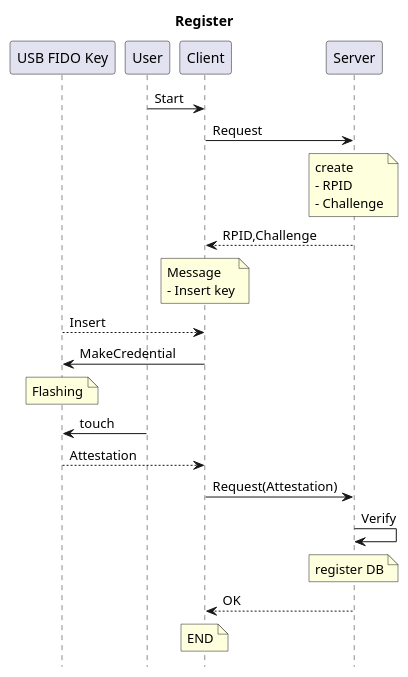
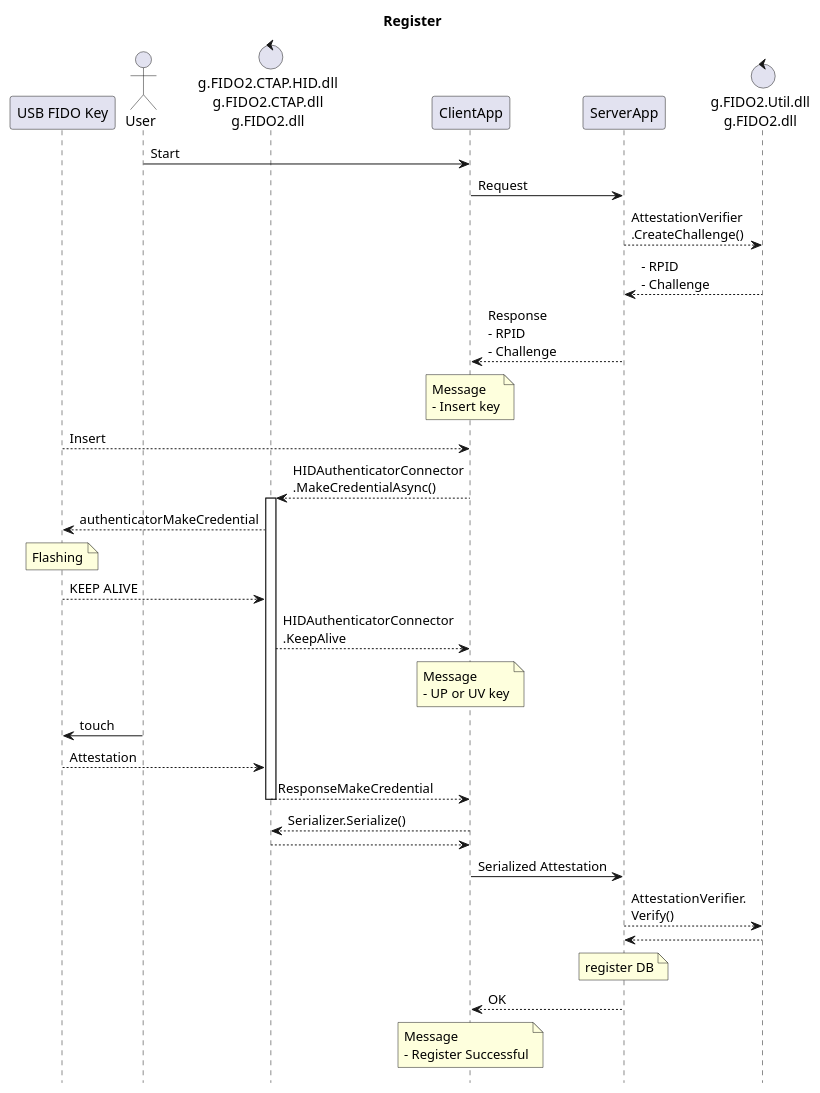
One commit to gebogebogebo/CTAPcs changed the diagram in pu/HowToAPI_HID_regist.pu. Above: the diagram before and after it, drawn with PlantUML. The commit also changed 1 other file, not shown here.

```diff
--- a/pu/HowToAPI_HID_regist.pu
+++ b/pu/HowToAPI_HID_regist.pu
@@ -1,30 +1,49 @@
 @startuml
 title Register 
 hide footbox
 
 participant "USB FIDO Key" as Key
-participant "User" as User
-participant "Client" as Client
-participant "Server" as Server
+actor  "User" as User
+control "g.FIDO2.CTAP.HID.dll\ng.FIDO2.CTAP.dll\ng.FIDO2.dll" as CTAPHID
+participant "ClientApp" as Client
+participant "ServerApp" as Server
+control "g.FIDO2.Util.dll\ng.FIDO2.dll" as Util
 
 User -> Client : Start
 Client -> Server : Request
-note over Server : create\n- RPID\n- Challenge
-Client <-- Server : RPID,Challenge
+Server --> Util : AttestationVerifier\n.CreateChallenge()
+Server <-- Util : - RPID\n- Challenge
+Client <-- Server : Response\n- RPID\n- Challenge
 
 note over Client : Message\n- Insert key
 Key --> Client : Insert
 
-Key <- Client : MakeCredential
-note over Key : Flashing
-Key <- User : touch
-Key --> Client : Attestation
+CTAPHID <-- Client : HIDAuthenticatorConnector\n.MakeCredentialAsync()
 
-Client -> Server : Request(Attestation)
-Server -> Server : Verify
+activate CTAPHID
+    Key <-- CTAPHID : authenticatorMakeCredential
+    note over Key : Flashing
+    Key --> CTAPHID : KEEP ALIVE
+    CTAPHID --> Client : HIDAuthenticatorConnector\n.KeepAlive
+
+    note over Client : Message\n- UP or UV key
+
+    Key <- User : touch
+    Key --> CTAPHID : Attestation
+    CTAPHID --> Client : ResponseMakeCredential
+deactivate CTAPHID
+
+CTAPHID <-- Client : Serializer.Serialize()
+CTAPHID --> Client
+
+Client -> Server : Serialized Attestation
+
+Server --> Util : AttestationVerifier.\nVerify()
+Server <-- Util
+
 note over Server : register DB
 Client <-- Server : OK
 
-note over Client : END
+note over Client : Message\n- Register Successful
 
 @enduml
```
